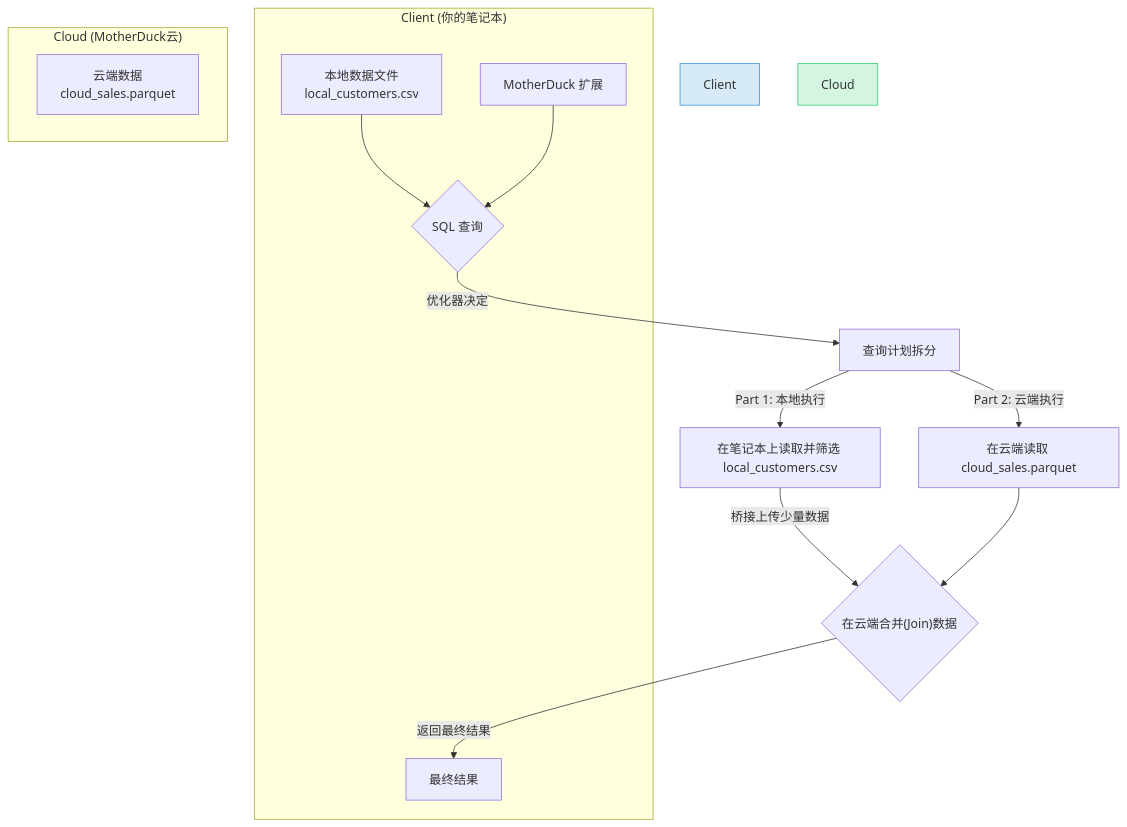
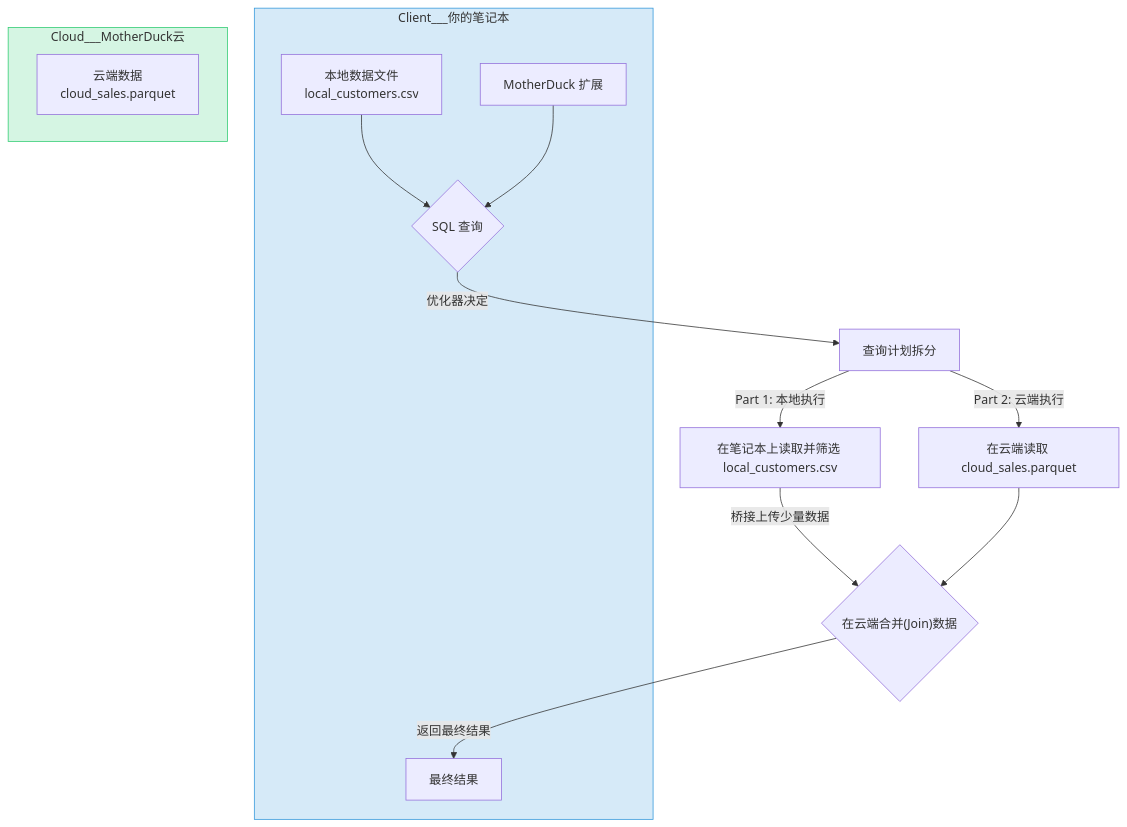
The third of 6 diagrams in 202507/20250714_02.md (digoal/blog), drawn with Mermaid before and after one commit. The commit also changed other lines of this file, not shown here.

````diff
--- a/202507/20250714_02.md
+++ b/202507/20250714_02.md
@@ -151,22 +151,22 @@
 ```mermaid
 graph TD
-    subgraph "Client (你的笔记本)"
+    subgraph "Client___你的笔记本"
         A[本地数据文件<br>local_customers.csv] --> B{SQL 查询};
         C[MotherDuck 扩展] --> B;
         D[最终结果]
     end
 
-    subgraph "Cloud (MotherDuck云)"
+    subgraph "Cloud___MotherDuck云"
         E[云端数据<br>cloud_sales.parquet]
     end
     
     B -- 优化器决定 --> F[查询计划拆分];
     F -- Part 1: 本地执行 --> G["在笔记本上读取并筛选 local_customers.csv"];
     F -- Part 2: 云端执行 --> H["在云端读取 cloud_sales.parquet"];
     G -- "桥接"上传少量数据 --> I{"在云端合并(Join)数据"};
     H --> I;
     I -- 返回最终结果 --> D;
 
-    style Client fill:#D6EAF8,stroke:#3498DB
-    style Cloud fill:#D5F5E3,stroke:#2ECC71
+    style Client___你的笔记本 fill:#D6EAF8,stroke:#3498DB
+    style Cloud___MotherDuck云 fill:#D5F5E3,stroke:#2ECC71
 ```
````
